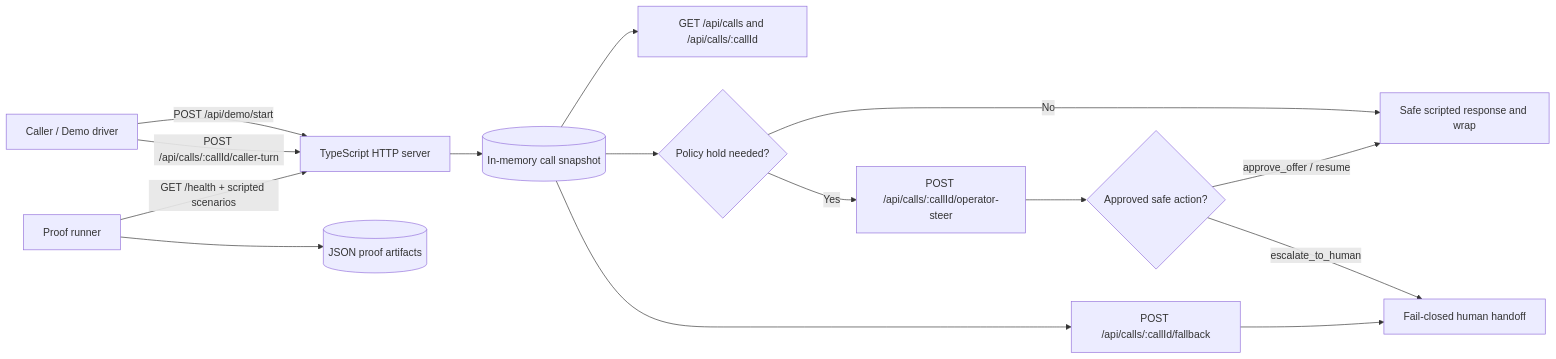
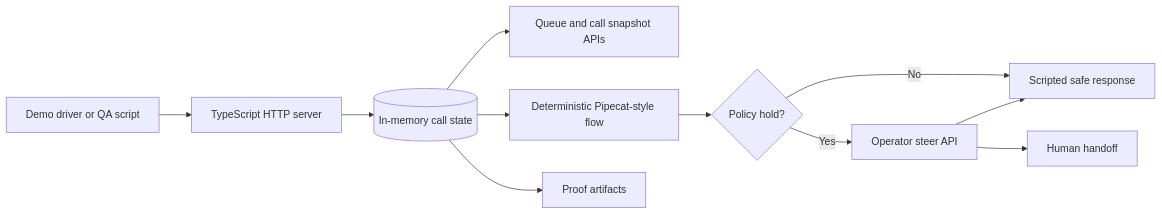
One commit to agonza1/agentic-contact-center changed the diagram in README.md. Above: the diagram before and after it, drawn with Mermaid. The commit also changed other lines of this file, not shown here.

````diff
--- a/README.md
+++ b/README.md
@@ -32,17 +18,13 @@
 ```mermaid
 flowchart LR
-    caller[Caller / Demo driver] -->|POST /api/demo/start| server[TypeScript HTTP server]
-    caller -->|POST /api/calls/:callId/caller-turn| server
-    server --> state[(In-memory call snapshot)]
-    state --> snapshot[GET /api/calls and /api/calls/:callId]
-    state --> hold{Policy hold needed?}
-    hold -->|No| wrap[Safe scripted response and wrap]
-    hold -->|Yes| steer[POST /api/calls/:callId/operator-steer]
-    steer --> approved{Approved safe action?}
-    approved -->|approve_offer / resume| wrap
-    approved -->|escalate_to_human| handoff[Fail-closed human handoff]
-    state --> fallback[POST /api/calls/:callId/fallback]
-    fallback --> handoff
-    proof[Proof runner] -->|GET /health + scripted scenarios| server
-    proof --> artifacts[(JSON proof artifacts)]
+    driver[Demo driver or QA script] --> api[TypeScript HTTP server]
+    api --> state[(In-memory call state)]
+    state --> queue[Queue and call snapshot APIs]
+    state --> flow[Deterministic Pipecat-style flow]
+    flow --> hold{Policy hold?}
+    hold -->|Yes| steer[Operator steer API]
+    hold -->|No| response[Scripted safe response]
+    steer --> response
+    steer --> handoff[Human handoff]
+    state --> proof[Proof artifacts]
 ```
````
